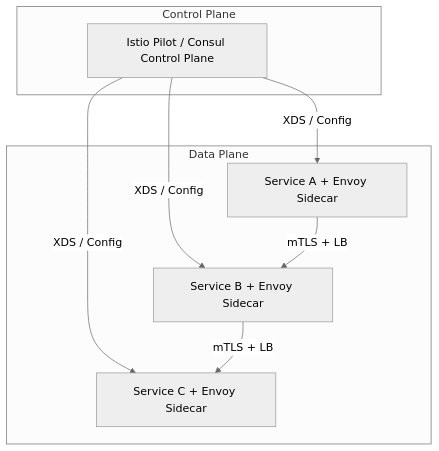
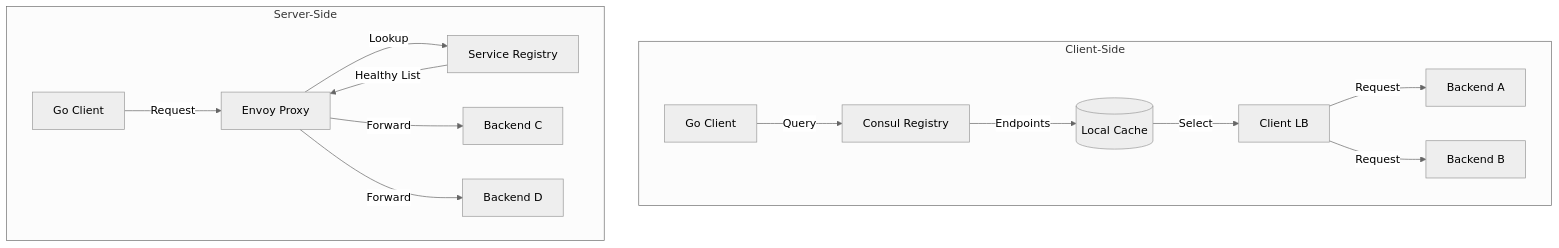
Before and after one commit to Leito2/Learning: the first of 4 diagrams in Software Engineering/02 - Go Engineering/02 - Go for Cloud Native/04 - Service Discovery and Load Balancing.md, drawn with Mermaid (neutral theme). The commit also changed other lines of this file and 41 other files, not shown here.

````diff
--- a/Software Engineering/02 - Go Engineering/02 - Go for Cloud Native/04 - Service Discovery and Load Balancing.md
+++ b/Software Engineering/02 - Go Engineering/02 - Go for Cloud Native/04 - Service Discovery and Load Balancing.md
@@ -57,16 +172,17 @@
 ```mermaid
 graph TB
-    subgraph "Control Plane"
-        CP[Istio Pilot / Consul Control Plane]
-    end
-    subgraph "Data Plane"
-        S1[Service A + Envoy Sidecar]
-        S2[Service B + Envoy Sidecar]
-        S3[Service C + Envoy Sidecar]
-    end
-    CP -->|XDS / Config| S1
-    CP -->|XDS / Config| S2
-    CP -->|XDS / Config| S3
-    S1 -->|mTLS + LB| S2
-    S2 -->|mTLS + LB| S3
+	subgraph "Client-Side"
+		C[Go Client] -->|Query| R[Consul Registry]
+		R -->|Endpoints| Cache[(Local Cache)]
+		Cache -->|Select| LB[Client LB]
+		LB -->|Request| B1[Backend A]
+		LB -->|Request| B2[Backend B]
+	end
+	subgraph "Server-Side"
+		C2[Go Client] -->|Request| P[Envoy Proxy]
+		P -->|Lookup| R2[Service Registry]
+		R2 -->|Healthy List| P
+		P -->|Forward| B3[Backend C]
+		P -->|Forward| B4[Backend D]
+	end
 ```
````
